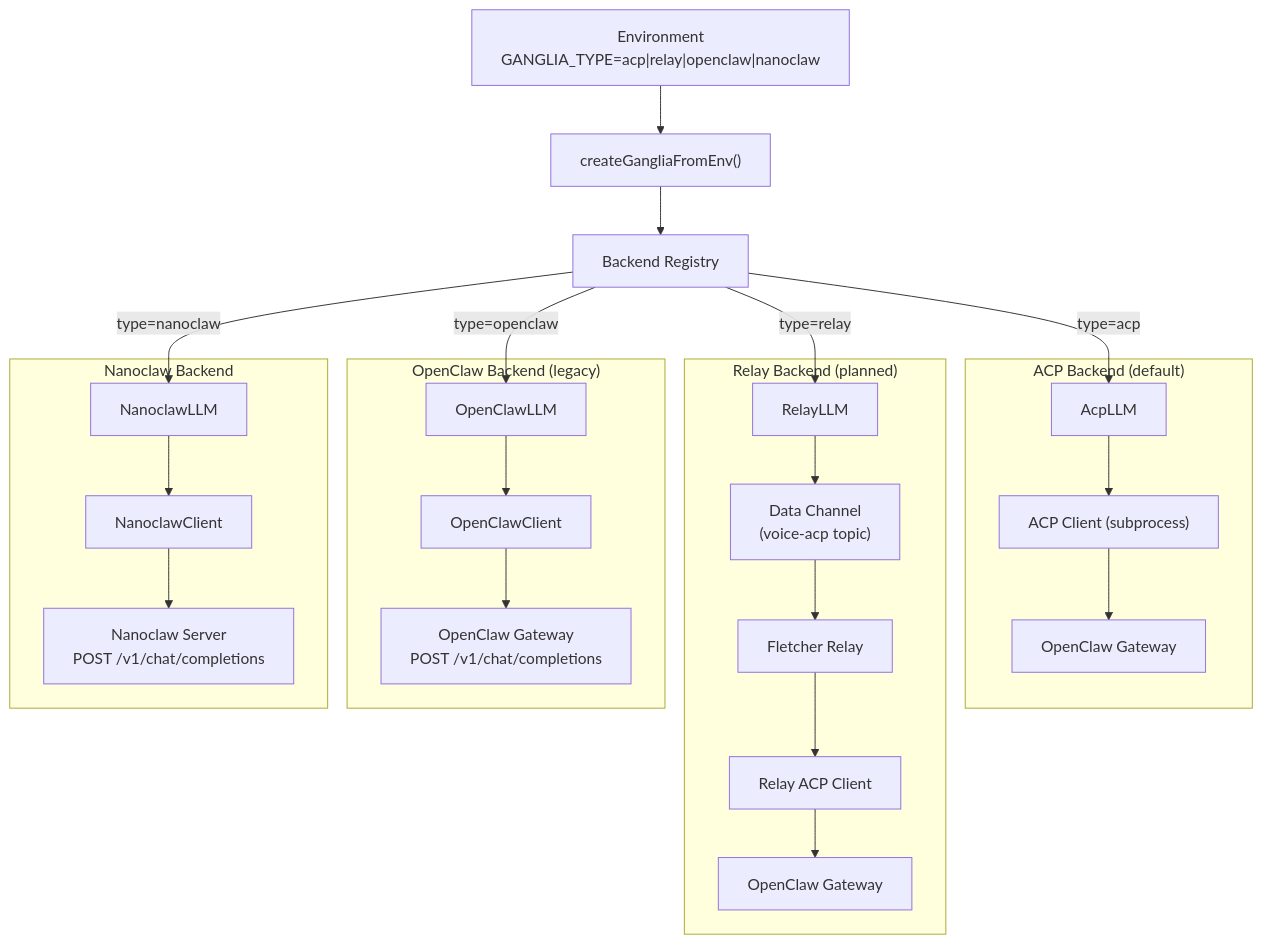
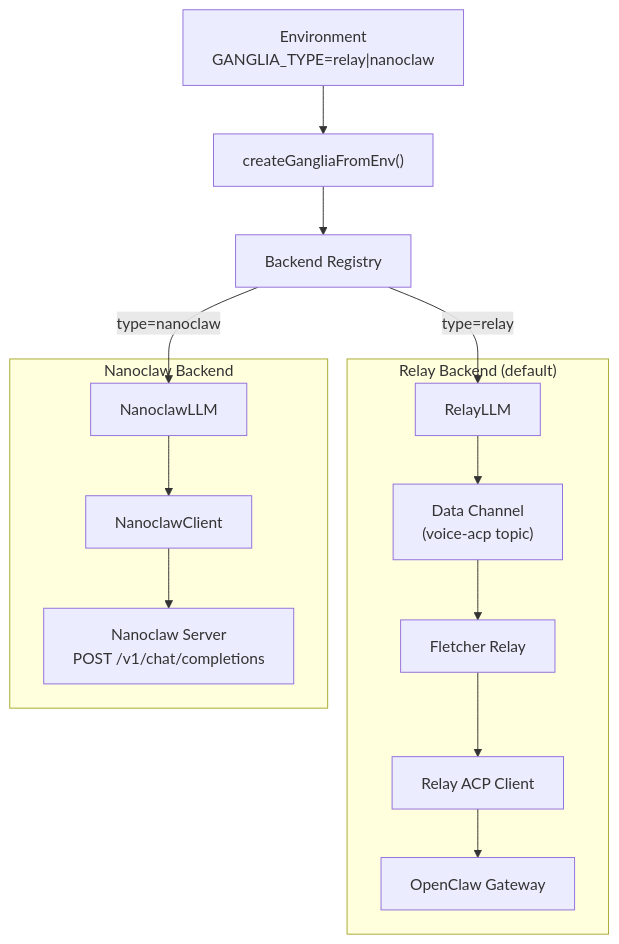
The diagram in docs/architecture/brain-plugin.md (dremonkey/fletcher), drawn with Mermaid before and after one commit. The commit also changed other lines of this file and 3 other files, not shown here.

First line of the commit message:
docs(architecture): update all docs to reflect relay as default backend

````diff
--- a/docs/architecture/brain-plugin.md
+++ b/docs/architecture/brain-plugin.md
@@ -9,43 +9,27 @@
 ```mermaid
 flowchart TD
-    ENV["Environment<br/>GANGLIA_TYPE=acp|relay|openclaw|nanoclaw"]
+    ENV["Environment<br/>GANGLIA_TYPE=relay|nanoclaw"]
     F["createGangliaFromEnv()"]
     R["Backend Registry"]
 
-    subgraph "ACP Backend (default)"
-        ALLM["AcpLLM"]
-        AC["ACP Client (subprocess)"]
-        AGW["OpenClaw Gateway"]
-    end
-
-    subgraph "Relay Backend (planned)"
+    subgraph "Relay Backend (default)"
         RLLM["RelayLLM"]
         DC["Data Channel<br/>(voice-acp topic)"]
         RELAY["Fletcher Relay"]
         RAC["Relay ACP Client"]
         RGW["OpenClaw Gateway"]
-    end
-
-    subgraph "OpenClaw Backend (legacy)"
-        OLLM["OpenClawLLM"]
-        OC["OpenClawClient"]
-        GW["OpenClaw Gateway<br/>POST /v1/chat/completions"]
     end
 
     subgraph "Nanoclaw Backend"
         NLLM["NanoclawLLM"]
         NC["NanoclawClient"]
         NW["Nanoclaw Server<br/>POST /v1/chat/completions"]
     end
 
     ENV --> F
     F --> R
-    R -->|"type=acp"| ALLM
     R -->|"type=relay"| RLLM
-    R -->|"type=openclaw"| OLLM
     R -->|"type=nanoclaw"| NLLM
-    ALLM --> AC --> AGW
     RLLM --> DC --> RELAY --> RAC --> RGW
-    OLLM --> OC --> GW
     NLLM --> NC --> NW
 ```
````
